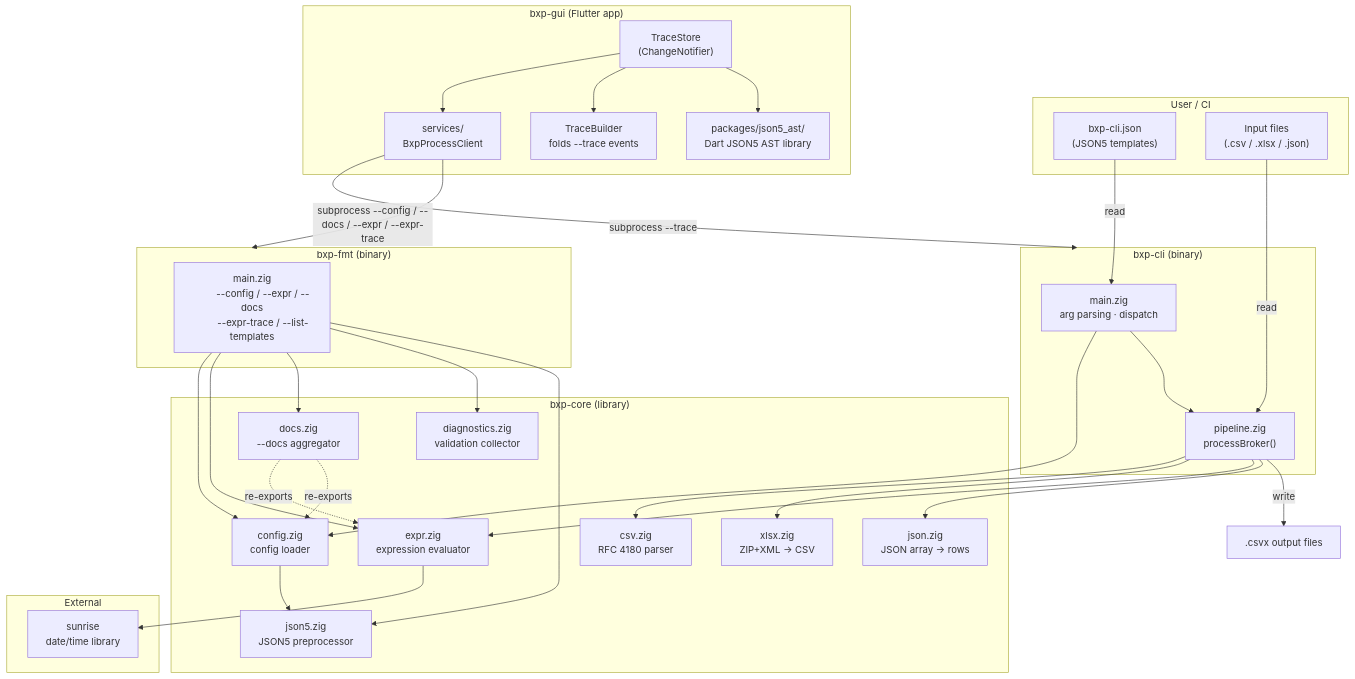
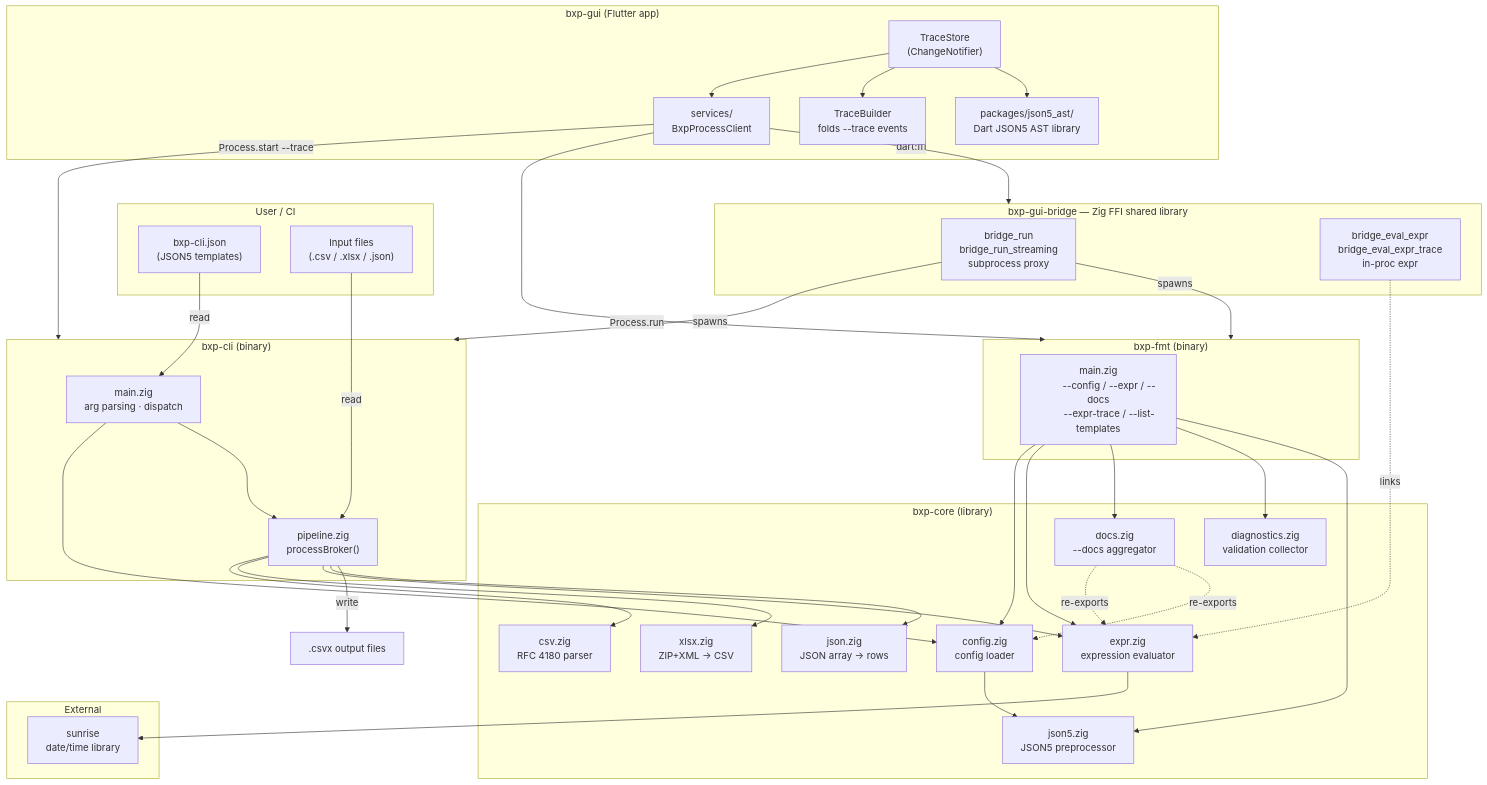
The first of 15 diagrams in docs/architecture.md (zaxified/bxp), drawn with Mermaid before and after one commit. The commit also changed other lines of this file and 4 other files, not shown here.

```diff
--- a/docs/architecture.md
+++ b/docs/architecture.md
@@ -47,6 +47,11 @@
         BxpProcessClient"]
         AST_LIB["packages/json5_ast/
         Dart JSON5 AST library"]
+    end
+
+    subgraph BRIDGE["bxp-gui-bridge — Zig FFI shared library"]
+        BRUN["bridge_run<br/>bridge_run_streaming<br/>subprocess proxy"]
+        BEVAL["bridge_eval_expr<br/>bridge_eval_expr_trace<br/>in-proc expr"]
     end
 
     subgraph CLI["bxp-cli (binary)"]
@@ -107,8 +112,12 @@
     DOCS -.re-exports.-> EXPR
     DOCS -.re-exports.-> CFG2
 
-    SVCS -->|subprocess --trace| CLI
-    SVCS -->|subprocess --config / --docs / --expr / --expr-trace| FMT
+    SVCS -->|Process.start --trace| CLI
+    SVCS -->|Process.run| FMT
+    SVCS -->|dart:ffi| BRIDGE
+    BRUN -->|spawns| CLI
+    BRUN -->|spawns| FMT
+    BEVAL -.links.-> EXPR
     STORE --> SVCS
     STORE --> TB
     STORE --> AST_LIB
```
